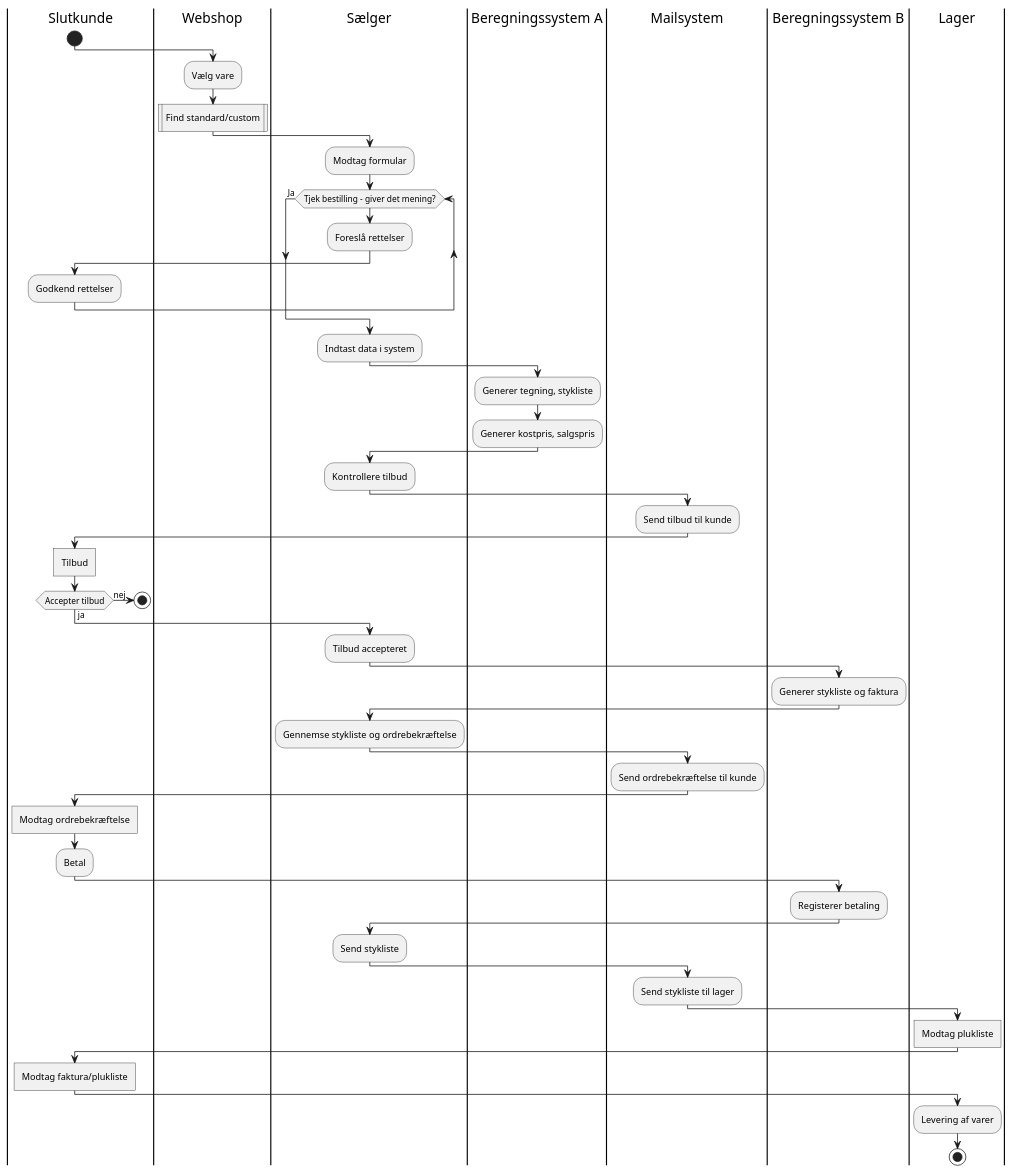
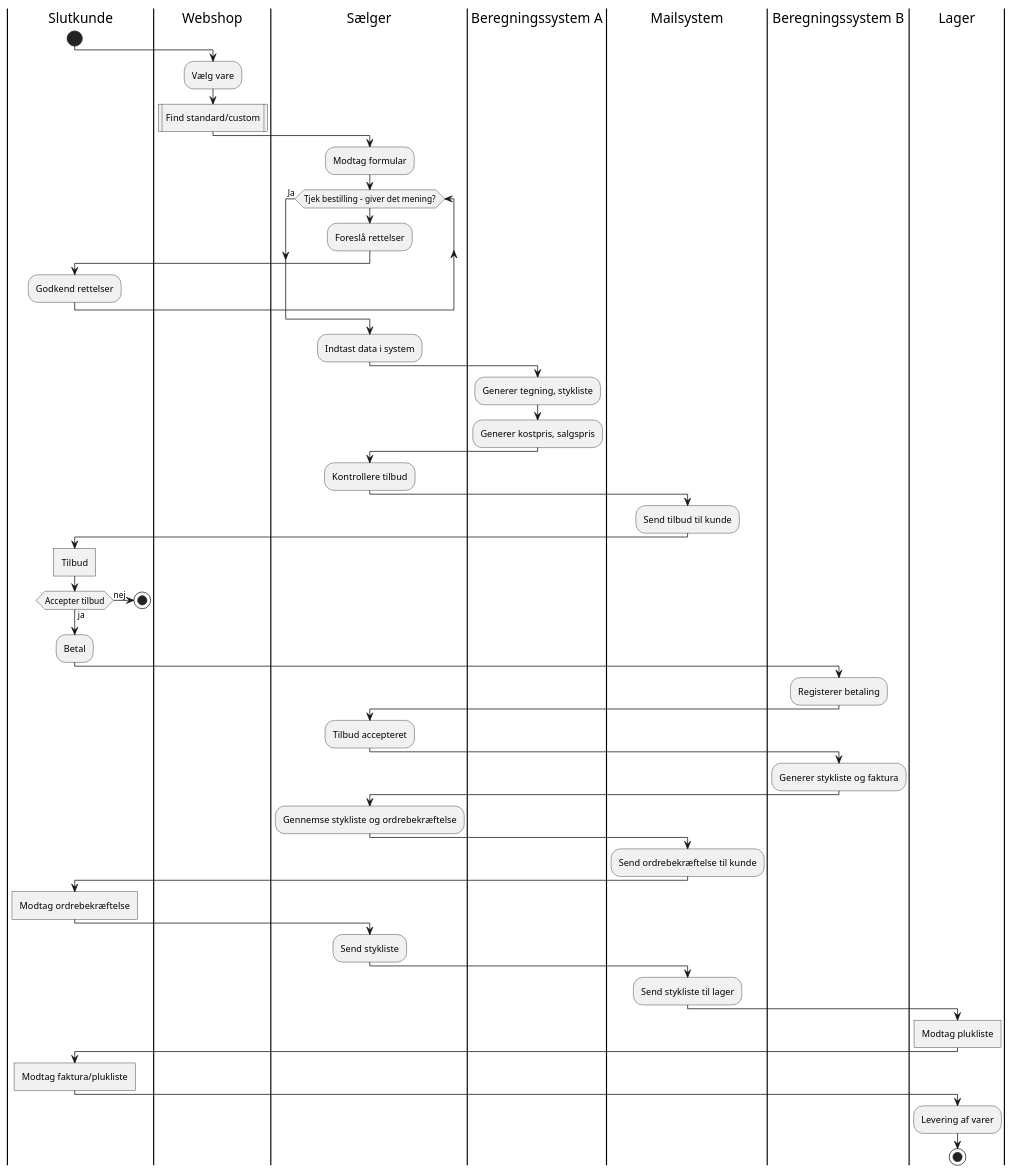
One commit to mridrisisci/fog-projekt changed the diagram in docs/Activity diagrams/aktivitetsdiagram-asis.puml. Above: the diagram before and after it, drawn with PlantUML. The commit also changed other lines of this file, not shown here.

```diff
--- a/docs/Activity diagrams/aktivitetsdiagram-asis.puml
+++ b/docs/Activity diagrams/aktivitetsdiagram-asis.puml
@@ -1,60 +1,60 @@
 @startuml
 'https://plantuml.com/activity-diagram-beta
 
 |Slutkunde|
 start
 |Webshop|
 :Vælg vare;
 :Find standard/custom|
 |Sælger|
 :Modtag formular;
 while (Tjek bestilling - giver det mening?)
   |Sælger|
   :Foreslå rettelser;
   |Slutkunde|
   :Godkend rettelser;
 endwhile (Ja)
 
 |Sælger|
 :Indtast data i system;
 |Beregningssystem A|
 :Generer tegning, stykliste;
 :Generer kostpris, salgspris;
 |Sælger|
 :Kontrollere tilbud;
 |Mailsystem|
 :Send tilbud til kunde;
 |Slutkunde|
 :Tilbud; <<task>>
 
 if (Accepter tilbud) then (nej)
   stop
 else (ja)
 endif
+:Betal;
+|Beregningssystem B|
+:Registerer betaling;
 |Sælger|
 :Tilbud accepteret;
 |Beregningssystem B|
 :Generer stykliste og faktura;
 |Sælger|
 :Gennemse stykliste og ordrebekræftelse;
 |Mailsystem|
 :Send ordrebekræftelse til kunde;
 |Slutkunde|
 :Modtag ordrebekræftelse; <<task>>
-:Betal;
-|Beregningssystem B|
-:Registerer betaling;
 |Sælger|
 :Send stykliste;
 |Mailsystem|
 :Send stykliste til lager;
 |Lager|
 :Modtag plukliste; <<task>>
 |Slutkunde|
 :Modtag faktura/plukliste; <<task>>
 |Lager|
 :Levering af varer;
 stop
 
 
 @enduml
```
